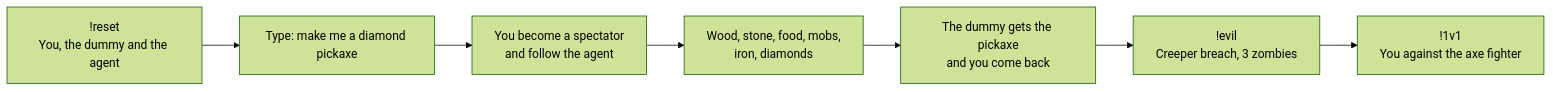
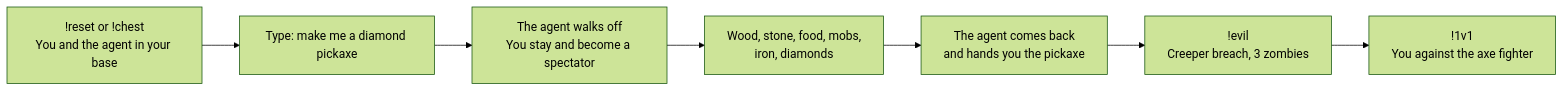
The diagram in docs/demo-walkthrough.md (LiveFonam/cursor-for-minecraft), drawn with Mermaid (forest theme) before and after one commit. The commit also changed other lines of this file and 43 other files, not shown here.

````diff
--- a/docs/demo-walkthrough.md
+++ b/docs/demo-walkthrough.md
@@ -5,9 +5,9 @@
 ```mermaid
 flowchart LR
-    A["!reset<br/>You, the dummy and the agent"] --> B["Type: make me a diamond pickaxe"]
-    B --> C["You become a spectator<br/>and follow the agent"]
+    A["!reset or !chest<br/>You and the agent in your base"] --> B["Type: make me a diamond pickaxe"]
+    B --> C["The agent walks off<br/>You stay and become a spectator"]
     C --> D["Wood, stone, food, mobs,<br/>iron, diamonds"]
-    D --> E["The dummy gets the pickaxe<br/>and you come back"]
+    D --> E["The agent comes back<br/>and hands you the pickaxe"]
     E --> F["!evil<br/>Creeper breach, 3 zombies"]
     F --> G["!1v1<br/>You against the axe fighter"]
 ```
````
